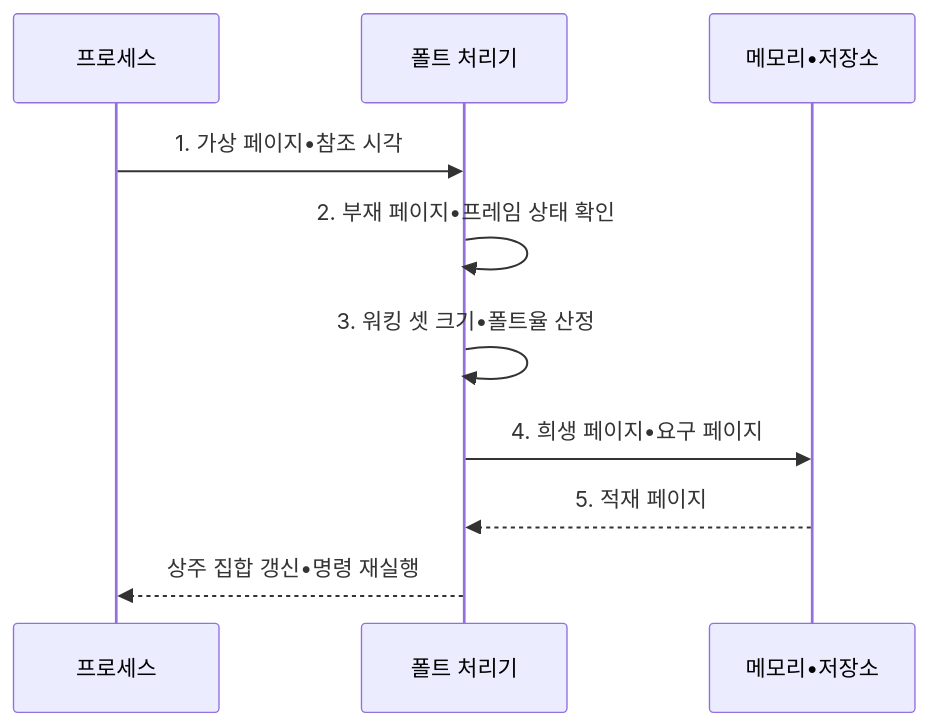
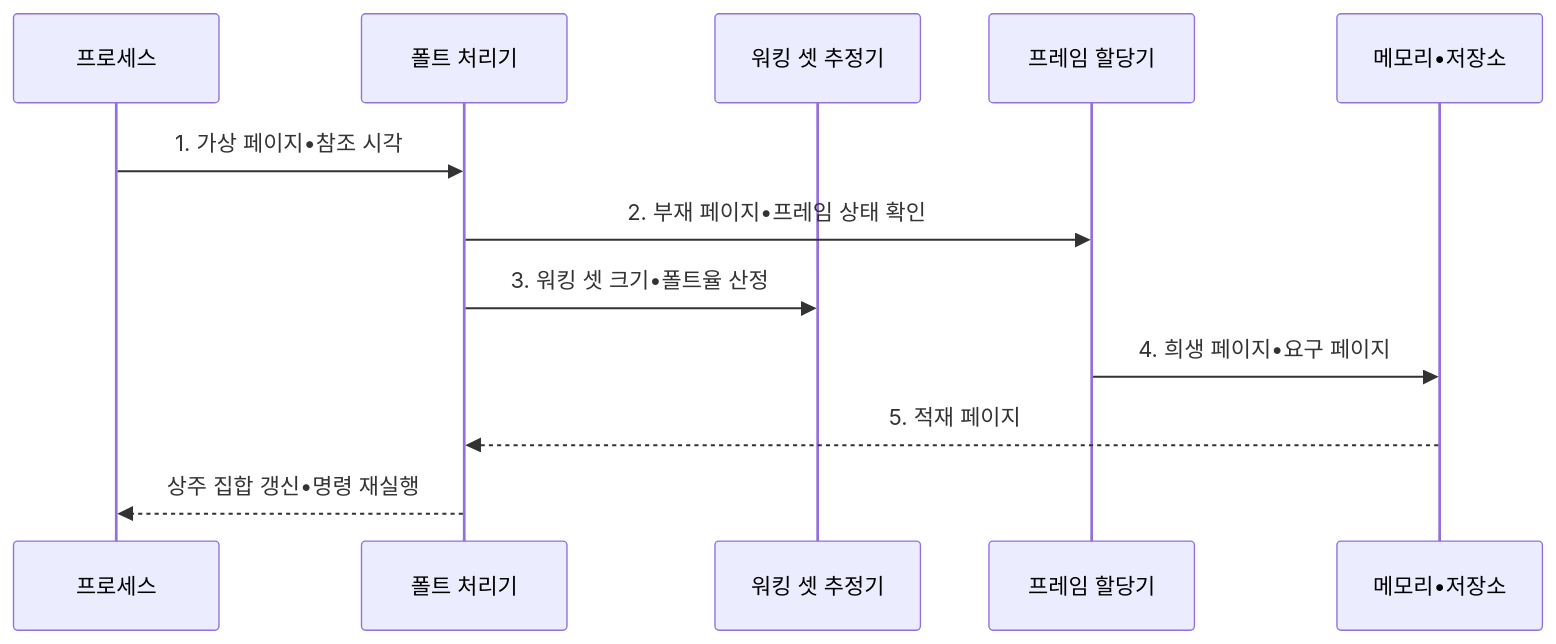
Before and after one commit to agnusdei1207/knowledge-base: the second of 2 diagrams in src/content/docs/notes/03-software/016_working_set_page_fault.md, drawn with Mermaid. The commit also changed other lines of this file and 12 other files, not shown here.

````diff
--- a/src/content/docs/notes/03-software/016_working_set_page_fault.md
+++ b/src/content/docs/notes/03-software/016_working_set_page_fault.md
@@ -102,12 +102,14 @@
 ```mermaid
 sequenceDiagram
     participant P as 프로세스
     participant H as 폴트 처리기
+    participant W as 워킹 셋 추정기
+    participant F as 프레임 할당기
     participant B as 메모리•저장소
     P->>H: 1. 가상 페이지•참조 시각
-    H->>H: 2. 부재 페이지•프레임 상태 확인
-    H->>H: 3. 워킹 셋 크기•폴트율 산정
-    H->>B: 4. 희생 페이지•요구 페이지
+    H->>F: 2. 부재 페이지•프레임 상태 확인
+    H->>W: 3. 워킹 셋 크기•폴트율 산정
+    F->>B: 4. 희생 페이지•요구 페이지
     B-->>H: 5. 적재 페이지
     H-->>P: 상주 집합 갱신•명령 재실행
 ```
````
